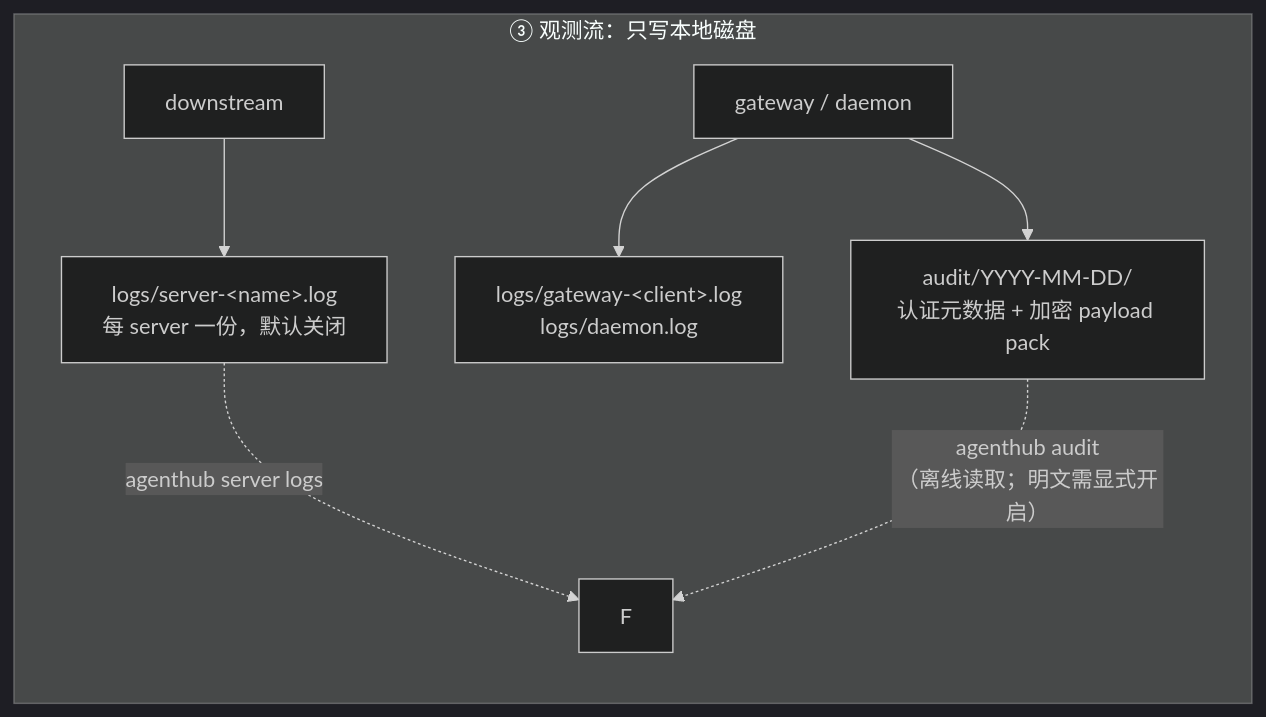
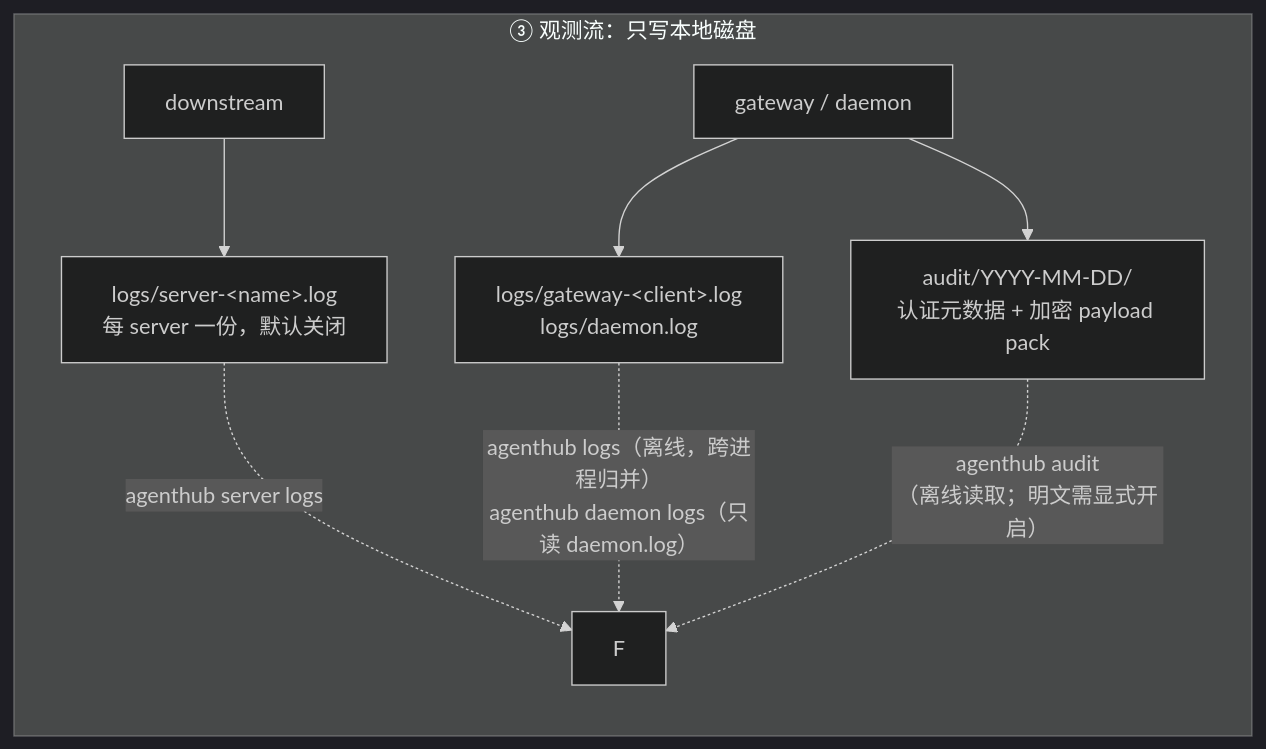
Before and after one commit to dinstein/agent-hub: the sixth of 8 diagrams in docs/zh-CN/architecture.md, drawn with Mermaid (dark theme). The commit also changed 6 other files, not shown here.

````diff
--- a/docs/zh-CN/architecture.md
+++ b/docs/zh-CN/architecture.md
@@ -256,10 +256,11 @@
 ```mermaid
 flowchart LR
     subgraph obs["③ 观测流：只写本地磁盘"]
         DSX["downstream"] --> A4["logs/server-&lt;name&gt;.log<br/>每 server 一份，默认关闭"]
         GW["gateway / daemon"] --> A5["logs/gateway-&lt;client&gt;.log<br/>logs/daemon.log"]
         GW --> A6["audit/YYYY-MM-DD/<br/>认证元数据 + 加密 payload pack"]
         A4 -.->|"agenthub server logs"| F
+        A5 -.->|"agenthub logs（离线，跨进程归并）<br/>agenthub daemon logs（只读 daemon.log）"| F
         A6 -.->|"agenthub audit<br/>（离线读取；明文需显式开启）"| F
     end
 ```
````
